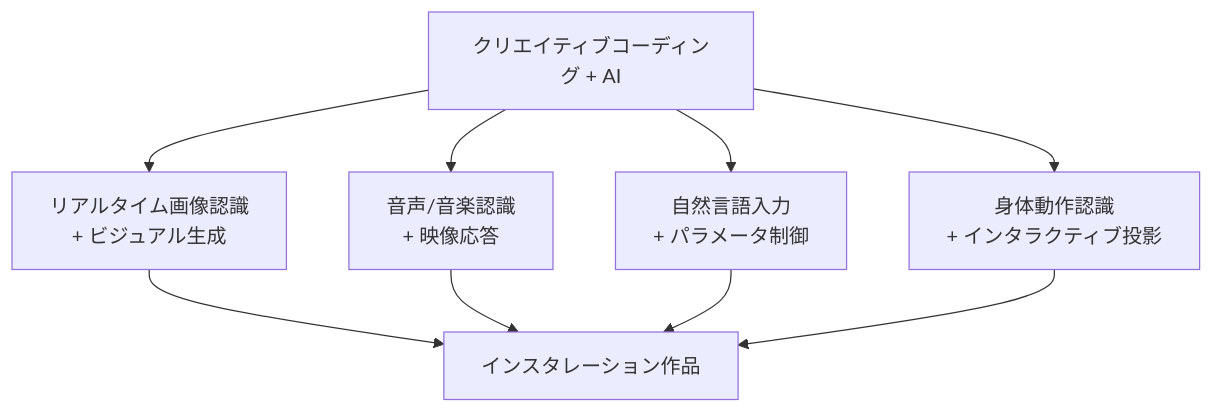
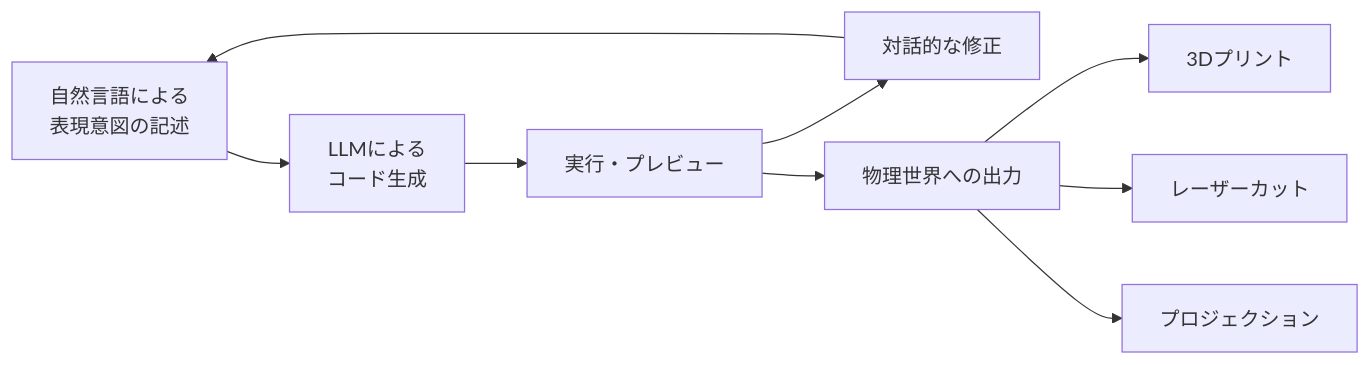
Before and after one commit to Hide-nu/Designer-curriculum: the fourth of 4 diagrams in docs/books/04-critical-making/ch04-generative-ai-making.md, drawn with Mermaid. The commit also changed other lines of this file and 13 other files, not shown here.

````diff
--- a/docs/books/04-critical-making/ch04-generative-ai-making.md
+++ b/docs/books/04-critical-making/ch04-generative-ai-making.md
@@ -116,12 +139,11 @@
 ```mermaid
-graph TD
-    A[クリエイティブコーディング + AI] --> B[リアルタイム画像認識<br>+ ビジュアル生成]
-    A --> C[音声/音楽認識<br>+ 映像応答]
-    A --> D[自然言語入力<br>+ パラメータ制御]
-    A --> E[身体動作認識<br>+ インタラクティブ投影]
-
-    B --> F[インスタレーション作品]
-    C --> F
-    D --> F
-    E --> F
+graph LR
+    A[自然言語による<br/>表現意図の記述] --> B[LLMによる<br/>コード生成]
+    B --> C[実行・プレビュー]
+    C --> D[対話的な修正]
+    D --> A
+    C --> E[物理世界への出力]
+    E --> E1[3Dプリント]
+    E --> E2[レーザーカット]
+    E --> E3[プロジェクション]
 ```
````
